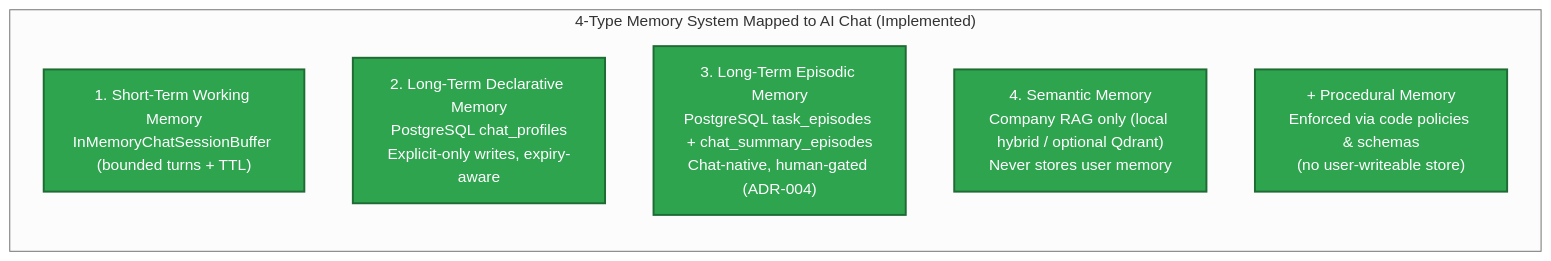
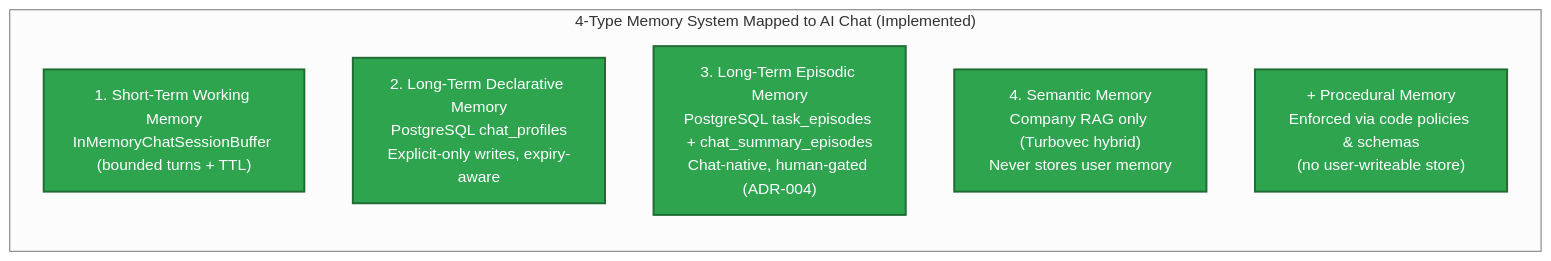
One commit to MathematicGuy/EMAIL-AGENT-v1 changed the second of 2 diagrams in docs/references/understand/memory-system-and-chat-demo-analysis.md. Above: the diagram before and after it, drawn with Mermaid (neutral theme). The commit also changed other lines of this file and 50 other files, not shown here.

First line of the commit message:
Remove company-plane Qdrant and sync ADR-008 docs

````diff
--- a/docs/references/understand/memory-system-and-chat-demo-analysis.md
+++ b/docs/references/understand/memory-system-and-chat-demo-analysis.md
@@ -149,14 +149,14 @@
 ```mermaid
 flowchart LR
     classDef green fill:#2ea44f,stroke:#1e6b33,stroke-width:2px,color:#ffffff;
     classDef yellow fill:#d97706,stroke:#92400e,stroke-width:2px,color:#ffffff;
 
     subgraph Chat_Memory_Mapping["4-Type Memory System Mapped to AI Chat (Implemented)"]
         direction TB
         WM2["1. Short-Term Working Memory<br/>InMemoryChatSessionBuffer (bounded turns + TTL)"]:::green
         DM2["2. Long-Term Declarative Memory<br/>PostgreSQL chat_profiles<br/>Explicit-only writes, expiry-aware"]:::green
         EM2["3. Long-Term Episodic Memory<br/>PostgreSQL task_episodes + chat_summary_episodes<br/>Chat-native, human-gated (ADR-004)"]:::green
-        SM2["4. Semantic Memory<br/>Company RAG only (local hybrid / optional Qdrant)<br/>Never stores user memory"]:::green
+        SM2["4. Semantic Memory<br/>Company RAG only (Turbovec hybrid)<br/>Never stores user memory"]:::green
         PM2["+ Procedural Memory<br/>Enforced via code policies & schemas<br/>(no user-writeable store)"]:::green
     end
 ```
````
